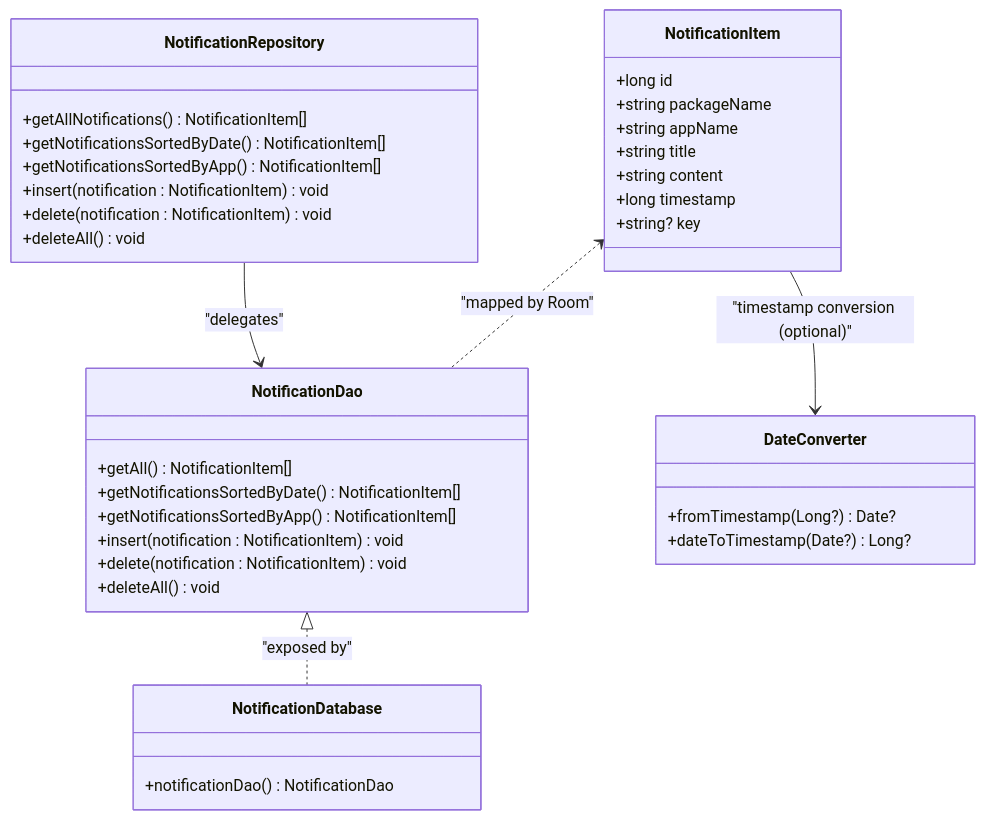
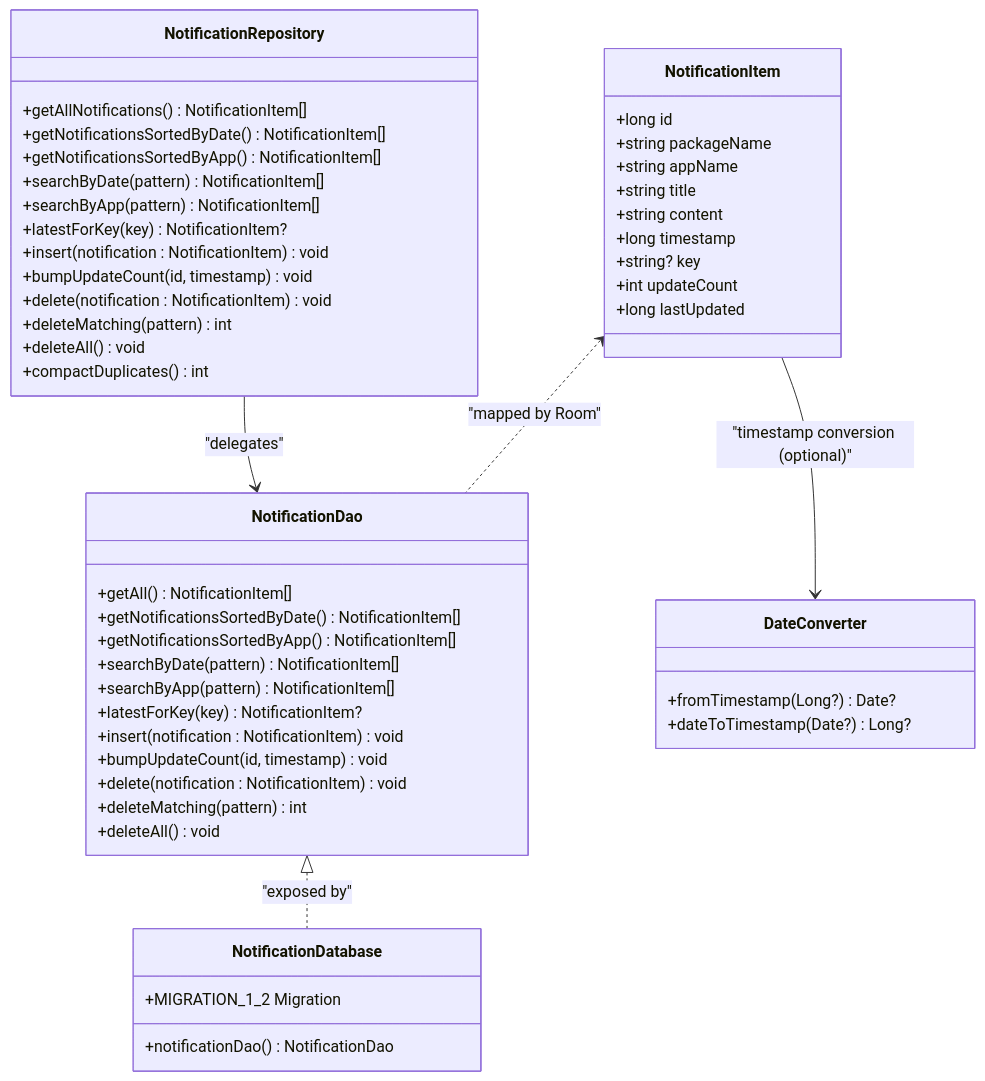
The third of 5 diagrams in .qoder/repowiki/en/content/Data Management/Entity Models.md (caldefoc/NotificationLog), drawn with Mermaid before and after one commit. The commit also changed other lines of this file and 13 other files, not shown here.

````diff
--- a/.qoder/repowiki/en/content/Data Management/Entity Models.md
+++ b/.qoder/repowiki/en/content/Data Management/Entity Models.md
@@ -167,39 +193,53 @@
 ```mermaid
 classDiagram
 class NotificationItem {
 +long id
 +string packageName
 +string appName
 +string title
 +string content
 +long timestamp
 +string? key
++int updateCount
++long lastUpdated
 }
 class NotificationDao {
 +getAll() NotificationItem[]
 +getNotificationsSortedByDate() NotificationItem[]
 +getNotificationsSortedByApp() NotificationItem[]
++searchByDate(pattern) NotificationItem[]
++searchByApp(pattern) NotificationItem[]
++latestForKey(key) NotificationItem?
 +insert(notification : NotificationItem) void
++bumpUpdateCount(id, timestamp) void
 +delete(notification : NotificationItem) void
++deleteMatching(pattern) int
 +deleteAll() void
 }
 class NotificationDatabase {
 +notificationDao() NotificationDao
++MIGRATION_1_2 Migration
 }
 class NotificationRepository {
 +getAllNotifications() NotificationItem[]
 +getNotificationsSortedByDate() NotificationItem[]
 +getNotificationsSortedByApp() NotificationItem[]
++searchByDate(pattern) NotificationItem[]
++searchByApp(pattern) NotificationItem[]
++latestForKey(key) NotificationItem?
 +insert(notification : NotificationItem) void
++bumpUpdateCount(id, timestamp) void
 +delete(notification : NotificationItem) void
++deleteMatching(pattern) int
 +deleteAll() void
++compactDuplicates() int
 }
 class DateConverter {
 +fromTimestamp(Long?) Date?
 +dateToTimestamp(Date?) Long?
 }
 NotificationItem <.. NotificationDao : "mapped by Room"
 NotificationDao <|.. NotificationDatabase : "exposed by"
 NotificationRepository --> NotificationDao : "delegates"
 NotificationItem --> DateConverter : "timestamp conversion (optional)"
 ```
````
